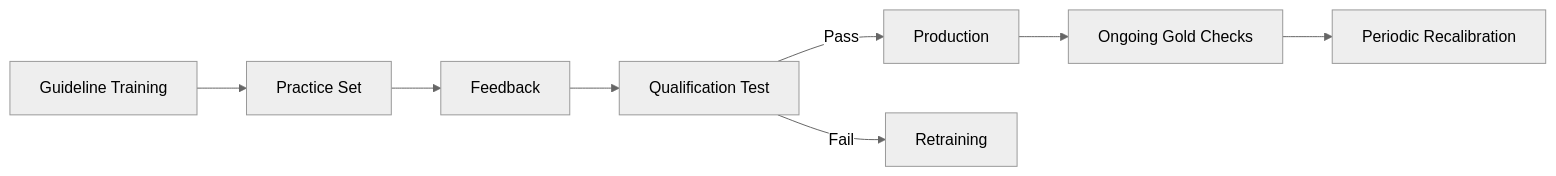
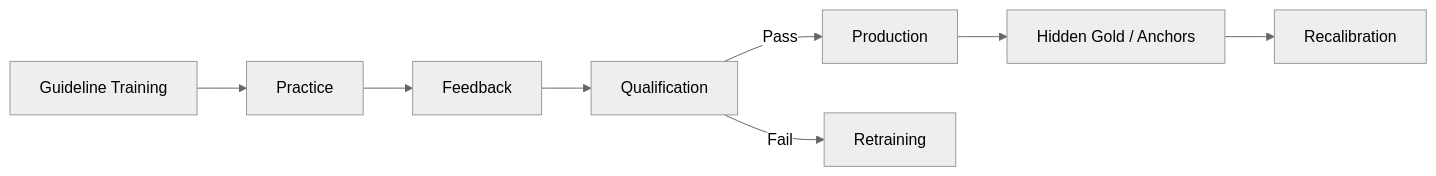
The second of 3 diagrams in LLM_Agent_Data/06_Human_Data_Annotation_and_Quality_Control.md (JiangHui0203/Homework), drawn with Mermaid (neutral theme) before and after one commit. The commit also changed other lines of this file, not shown here.

````diff
--- a/LLM_Agent_Data/06_Human_Data_Annotation_and_Quality_Control.md
+++ b/LLM_Agent_Data/06_Human_Data_Annotation_and_Quality_Control.md
@@ -635,10 +455,10 @@
 ```mermaid
 flowchart LR
-    A[Guideline Training] --> B[Practice Set]
+    A[Guideline Training] --> B[Practice]
     B --> C[Feedback]
-    C --> D[Qualification Test]
+    C --> D[Qualification]
     D -->|Pass| E[Production]
     D -->|Fail| F[Retraining]
-    E --> G[Ongoing Gold Checks]
-    G --> H[Periodic Recalibration]
+    E --> G[Hidden Gold / Anchors]
+    G --> H[Recalibration]
 ```
````
